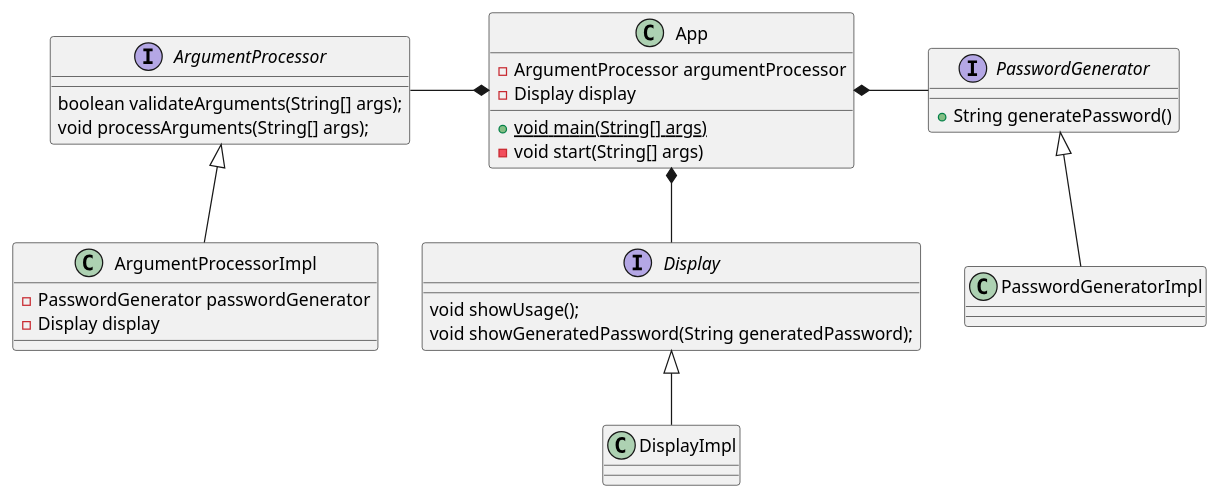
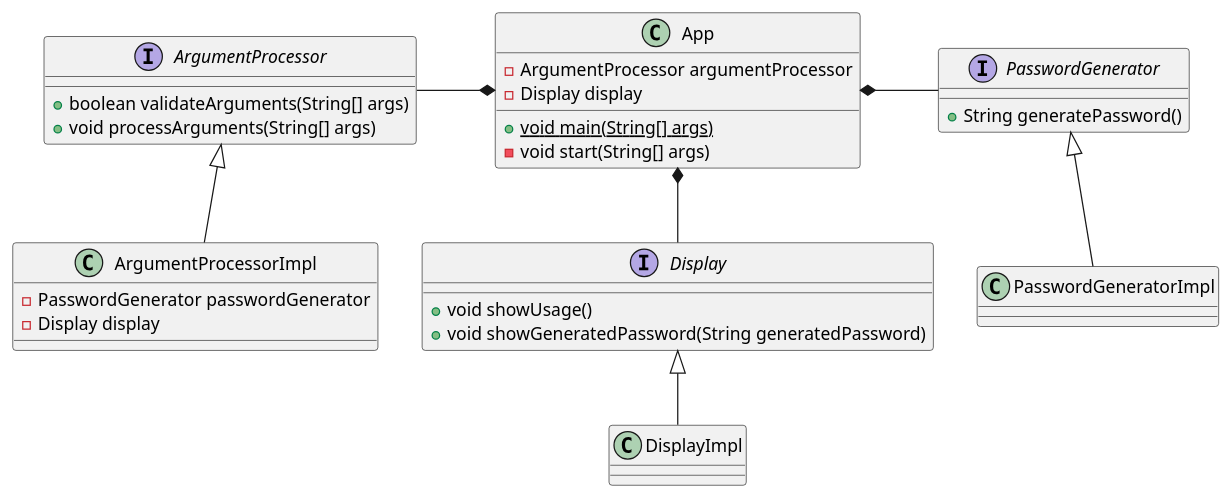
Before and after one commit to djvelimir/demo-java-cli: the diagram in diagrams/Class.puml, drawn with PlantUML. The commit also changed 1 other file, not shown here.

Commit message:
Update class diagram

```diff
--- a/diagrams/Class.puml
+++ b/diagrams/Class.puml
@@ -1,42 +1,42 @@
 @startuml
 'https://plantuml.com/class-diagram
 
 class App {
     - ArgumentProcessor argumentProcessor
     - Display display
     + {static} void main(String[] args)
     - void start(String[] args)
 }
 
 interface ArgumentProcessor {
-    boolean validateArguments(String[] args);
-    void processArguments(String[] args);
+    + boolean validateArguments(String[] args)
+    + void processArguments(String[] args)
 }
 
 class ArgumentProcessorImpl {
     - PasswordGenerator passwordGenerator
     - Display display
 }
 
 interface Display {
-    void showUsage();
-    void showGeneratedPassword(String generatedPassword);
+    + void showUsage()
+    + void showGeneratedPassword(String generatedPassword)
 }
 
 class DisplayImpl {
 }
 
 interface PasswordGenerator {
     +String generatePassword()
 }
 
 class PasswordGeneratorImpl {
 }
 ArgumentProcessor <|-- ArgumentProcessorImpl
 Display <|-- DisplayImpl
 PasswordGenerator <|-- PasswordGeneratorImpl
 
 App *--l ArgumentProcessor
 App *--d Display
 App *--r PasswordGenerator
 @enduml
```
